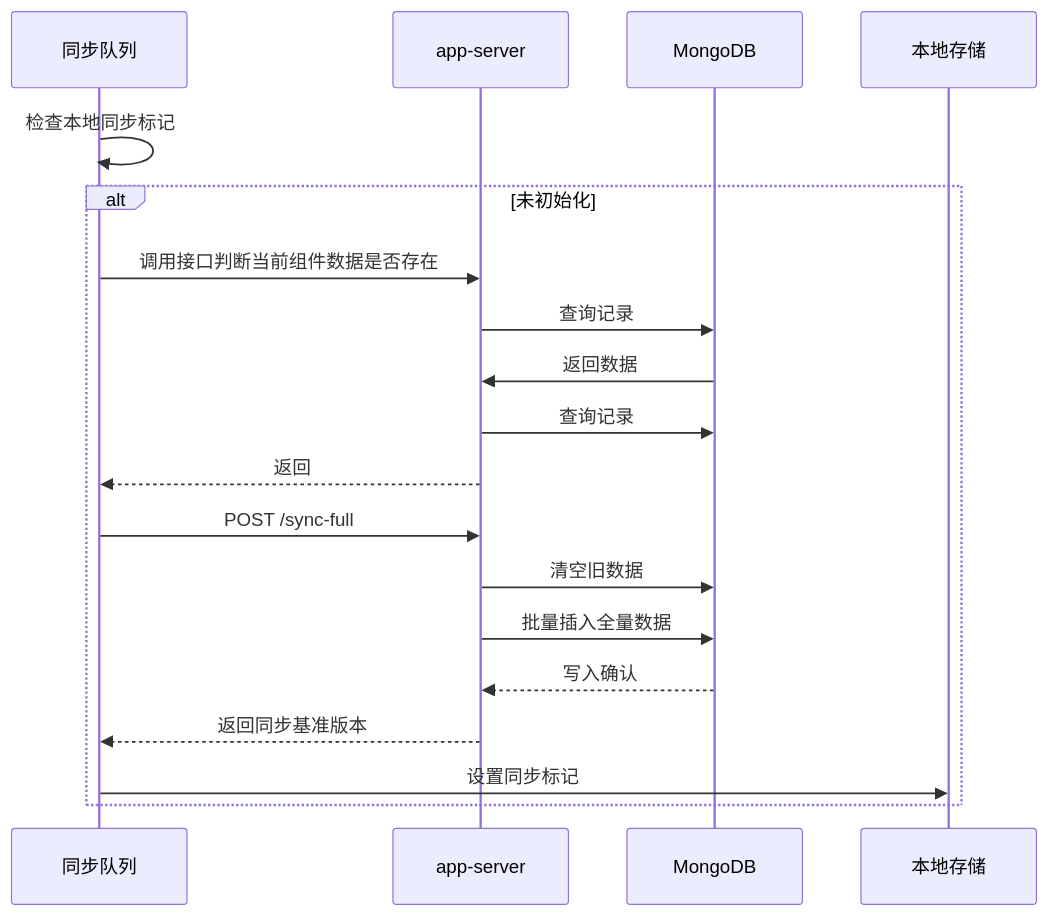
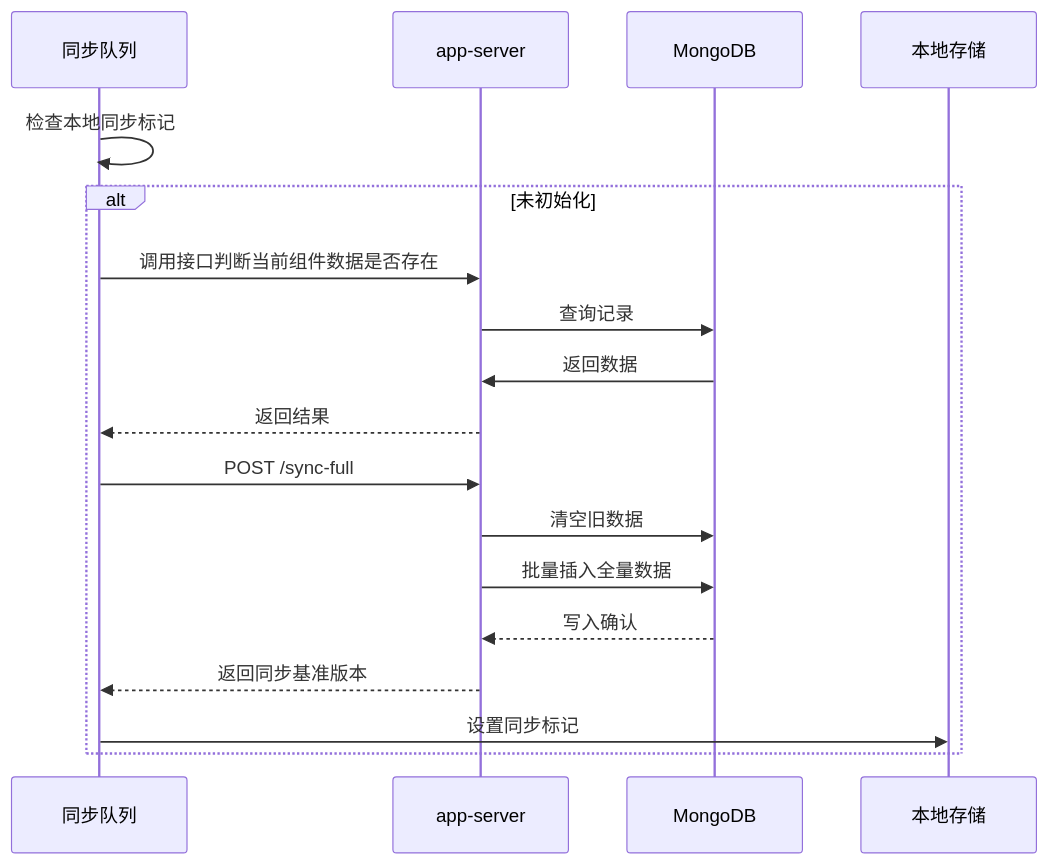
Before and after one commit to yingjianzh/iodraw-files: the diagram in all/未命名-24.md, drawn with Mermaid.

Commit message:
2025-02-21 18:28:06 update

````diff
--- a/all/未命名-24.md
+++ b/all/未命名-24.md
@@ -1,21 +1,21 @@
 ```mermaid
 sequenceDiagram
     participant 同步队列
     participant app-server
     participant MongoDB
 
     同步队列->>同步队列: 检查本地同步标记
     alt 未初始化
         同步队列->>app-server: 调用接口判断当前组件数据是否存在
         app-server->>MongoDB: 查询记录
         MongoDB->>app-server: 返回数据
-        app-server->>MongoDB: 查询记录
-        app-server-->>同步队列: 返回
+    
+        app-server-->>同步队列: 返回结果
         同步队列->>app-server: POST /sync-full
         app-server->>MongoDB: 清空旧数据
         app-server->>MongoDB: 批量插入全量数据
         MongoDB-->>app-server: 写入确认
         app-server-->>同步队列: 返回同步基准版本
         同步队列->>本地存储: 设置同步标记
     end
 ```
````
